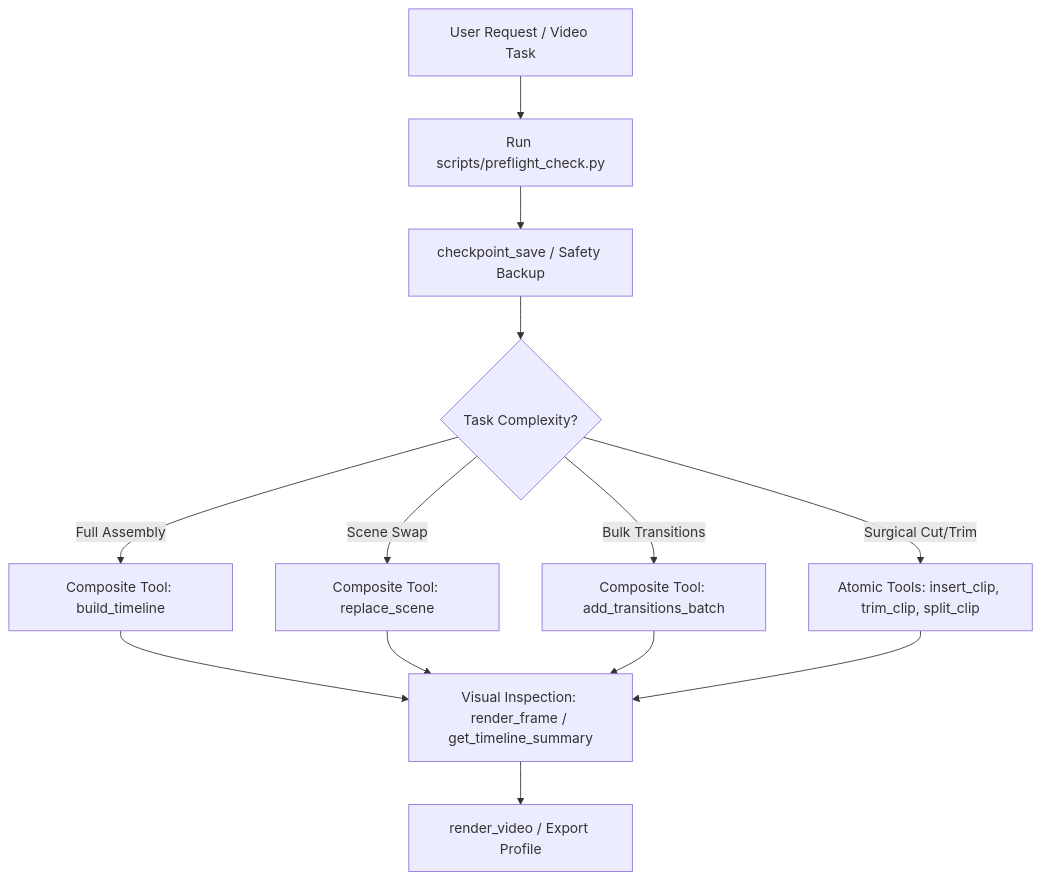
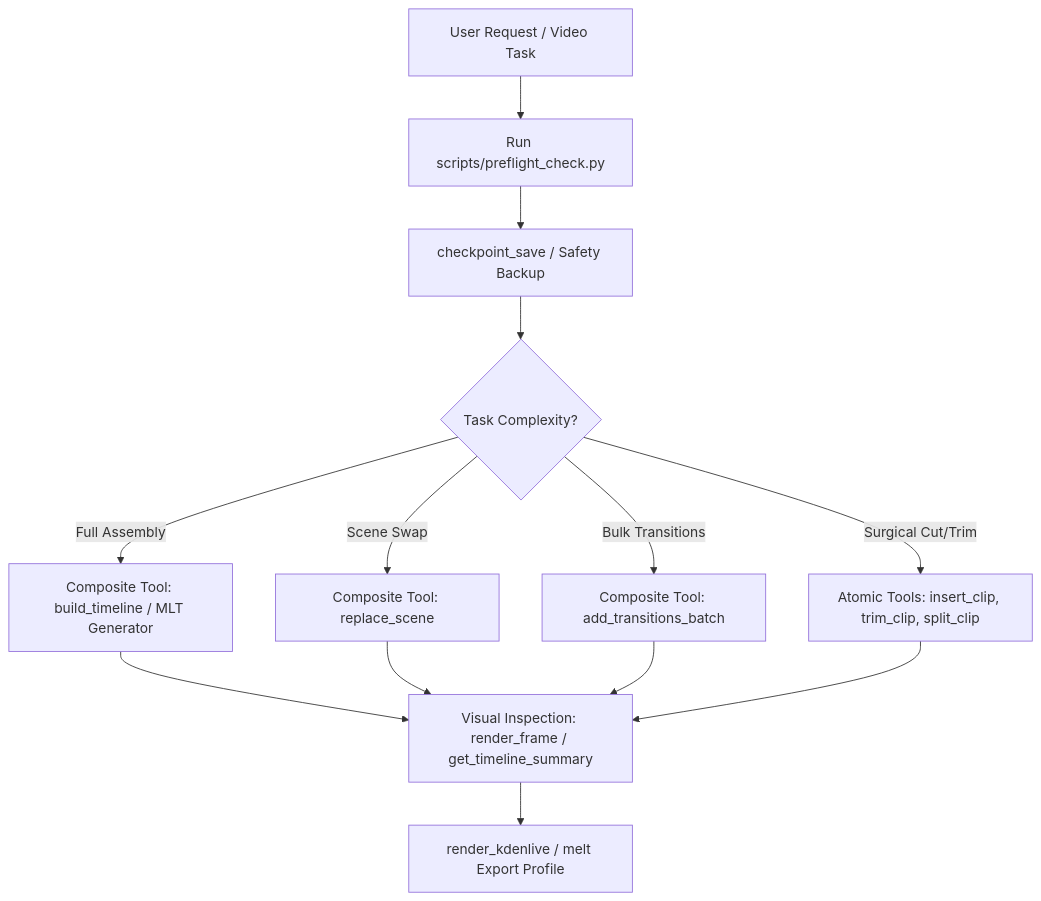
One commit to al3x-d3v357/antigravity-skills changed the diagram in skills/04-video-youtube/kdenlive-editor/SKILL.md. Above: the diagram before and after it, drawn with Mermaid. The commit also changed other lines of this file and 10 other files, not shown here.

````diff
--- a/skills/04-video-youtube/kdenlive-editor/SKILL.md
+++ b/skills/04-video-youtube/kdenlive-editor/SKILL.md
@@ -22,18 +22,18 @@
 ```mermaid
 flowchart TD
     Start[User Request / Video Task] --> Preflight[Run scripts/preflight_check.py]
     Preflight --> Checkpoint[checkpoint_save / Safety Backup]
     Checkpoint --> FlowDecision{Task Complexity?}
     
-    FlowDecision -->|Full Assembly| Composite[Composite Tool: build_timeline]
+    FlowDecision -->|Full Assembly| Composite[Composite Tool: build_timeline / MLT Generator]
     FlowDecision -->|Scene Swap| Swap[Composite Tool: replace_scene]
     FlowDecision -->|Bulk Transitions| BatchTrans[Composite Tool: add_transitions_batch]
     FlowDecision -->|Surgical Cut/Trim| Atomic[Atomic Tools: insert_clip, trim_clip, split_clip]
     
     Composite --> VerifyVisual[Visual Inspection: render_frame / get_timeline_summary]
     Swap --> VerifyVisual
     BatchTrans --> VerifyVisual
     Atomic --> VerifyVisual
     
-    VerifyVisual --> Render[render_video / Export Profile]
+    VerifyVisual --> Render[render_kdenlive / melt Export Profile]
 ```
````
